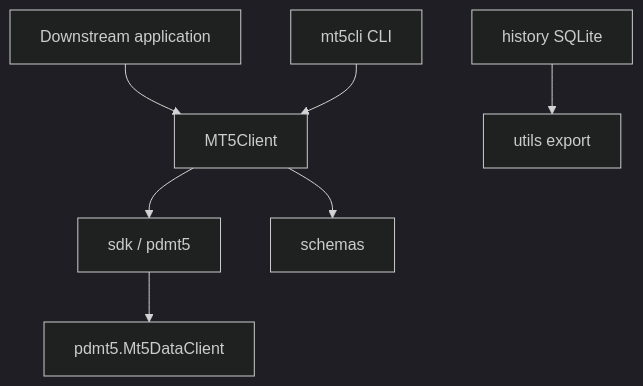
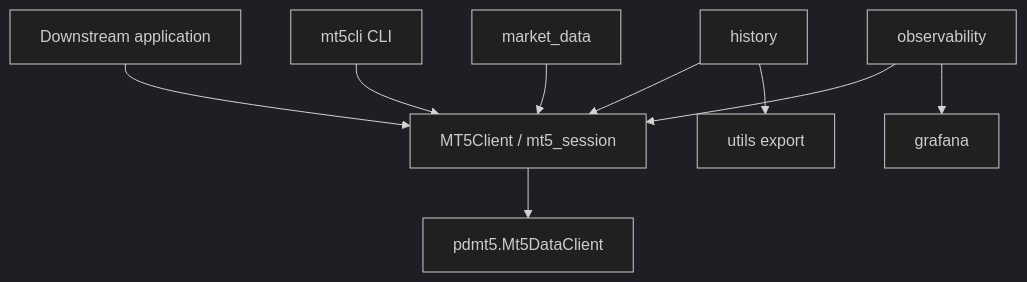
The diagram in docs/api/index.md (dceoy/mt5cli), drawn with Mermaid (dark theme) before and after one commit. The commit also changed other lines of this file and 27 other files, not shown here.

````diff
--- a/docs/api/index.md
+++ b/docs/api/index.md
@@ -28,9 +29,11 @@
 ```mermaid
 flowchart TD
-    App["Downstream application"] --> Client["MT5Client"]
+    App["Downstream application"] --> Client["MT5Client / mt5_session"]
     CLI["mt5cli CLI"] --> Client
-    Client --> SDK["sdk / pdmt5"]
-    Client --> Schemas["schemas"]
-    History["history SQLite"] --> Utils["utils export"]
-    SDK --> PDMT5["pdmt5.Mt5DataClient"]
+    Client --> PDMT5["pdmt5.Mt5DataClient"]
+    MarketData["market_data"] --> Client
+    History["history"] --> Client
+    Observability["observability"] --> Client
+    Observability --> Grafana["grafana"]
+    History --> Utils["utils export"]
 ```
````
